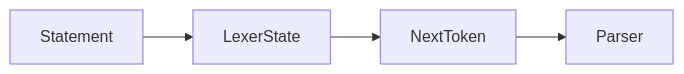
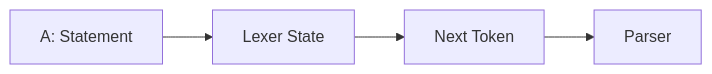
One commit to tail1887/sql_parsor changed the fifth of 12 diagrams in README.md. Above: the diagram before and after it, drawn with Mermaid. The commit also changed other lines of this file, not shown here.

````diff
--- a/README.md
+++ b/README.md
@@ -102,6 +95,6 @@
 ```mermaid
 flowchart LR
-    a1["Statement"] --> a2["LexerState"]
-    a2 --> a3["NextToken"]
+    a1["A: Statement"] --> a2["Lexer State"]
+    a2 --> a3["Next Token"]
     a3 --> a4["Parser"]
 ```
````
